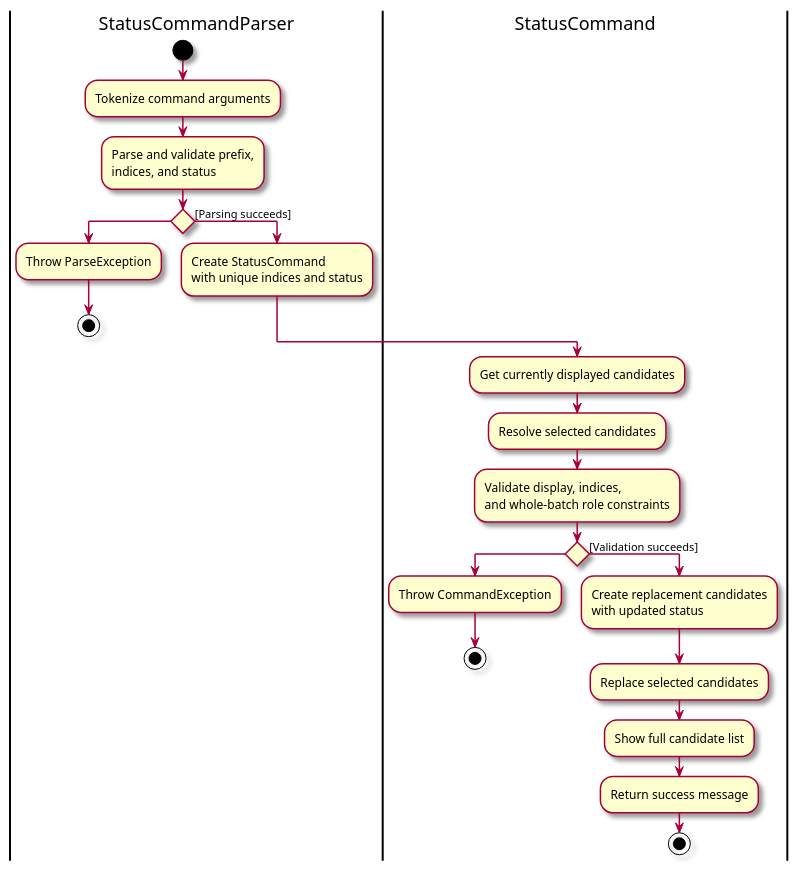
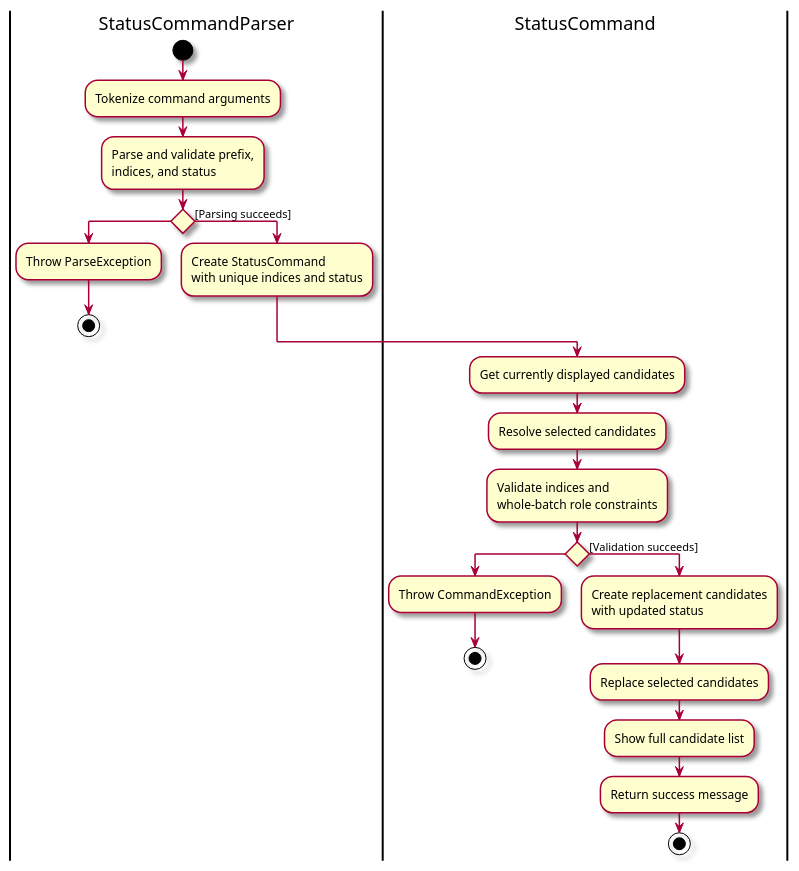
One commit to AY2627S1-CS2103-F12-3/tp changed the diagram in diagrams/BatchStatusActivityDiagram.puml. Above: the diagram before and after it, drawn with PlantUML. The commit also changed 31 other files, not shown here.

```diff
--- a/diagrams/BatchStatusActivityDiagram.puml
+++ b/diagrams/BatchStatusActivityDiagram.puml
@@ -1,34 +1,34 @@
 @startuml
 skin rose
 
 |StatusCommandParser|
 start
 
 :Tokenize command arguments;
 :Parse and validate prefix,\nindices, and status;
 
 if ()
     :Throw ParseException;
     stop
 else ([Parsing succeeds])
     :Create StatusCommand\nwith unique indices and status;
 endif
 
 |StatusCommand|
 
 :Get currently displayed candidates;
 :Resolve selected candidates;
-:Validate display, indices,\nand whole-batch role constraints;
+:Validate indices and\nwhole-batch role constraints;
 
 if ()
     :Throw CommandException;
     stop
 else ([Validation succeeds])
     :Create replacement candidates\nwith updated status;
     :Replace selected candidates;
     :Show full candidate list;
     :Return success message;
     stop
 endif
 
 @enduml
```
